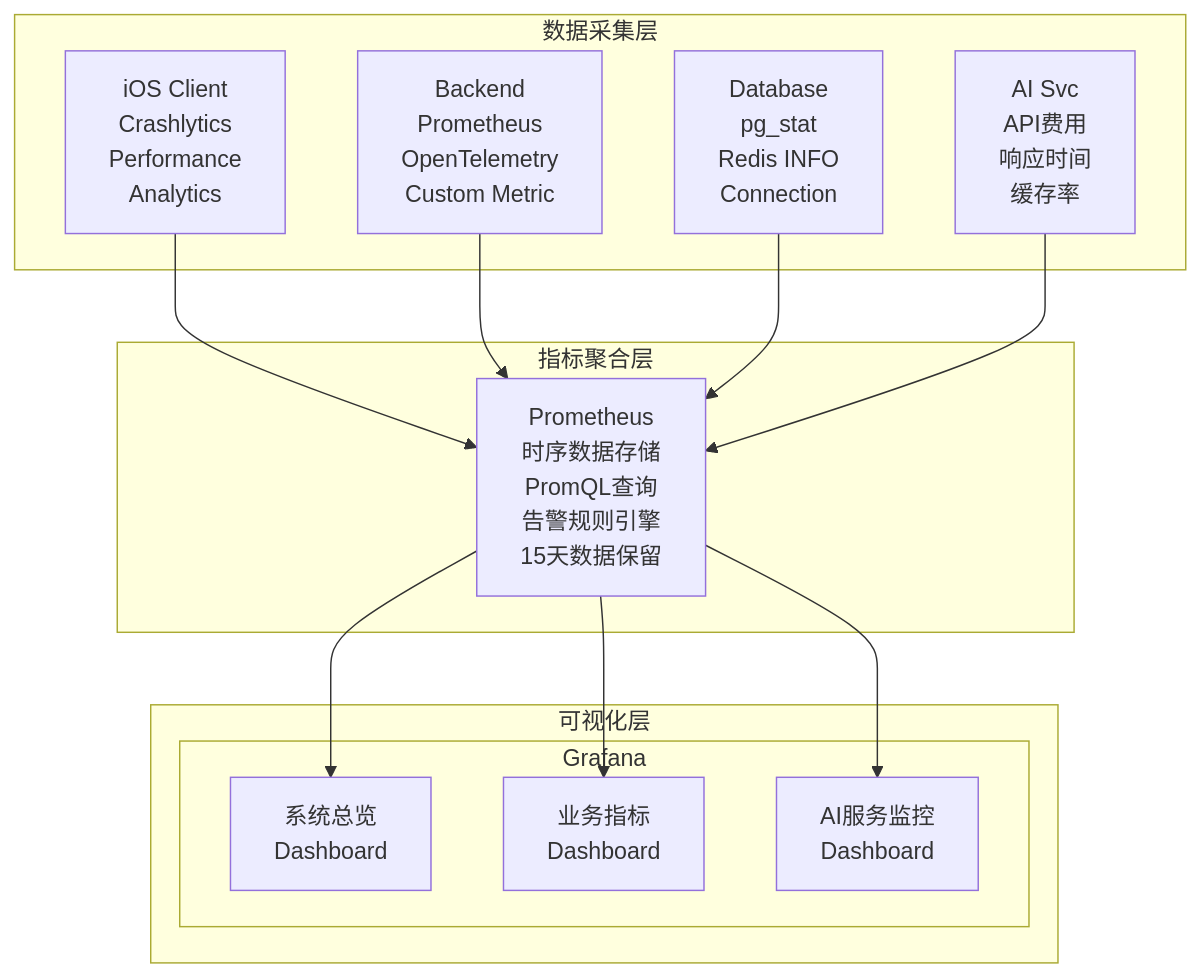
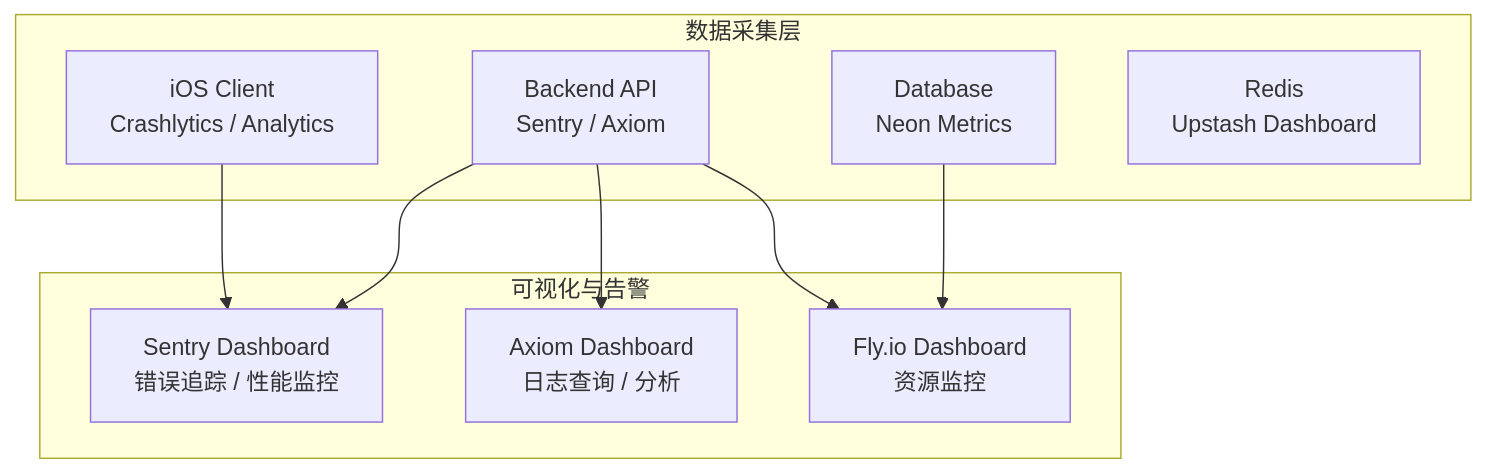
The diagram in 05-operations/monitoring/monitoring.md (readmigo/docs), drawn with Mermaid before and after one commit. The commit also changed other lines of this file and 1 other file, not shown here.

````diff
--- a/05-operations/monitoring/monitoring.md
+++ b/05-operations/monitoring/monitoring.md
@@ -5,29 +9,21 @@
 ```mermaid
 graph TD
-    subgraph 数据采集层
-        A["iOS Client<br>Crashlytics<br>Performance<br>Analytics"]
-        B["Backend<br>Prometheus<br>OpenTelemetry<br>Custom Metric"]
-        C["Database<br>pg_stat<br>Redis INFO<br>Connection"]
-        D["AI Svc<br>API费用<br>响应时间<br>缓存率"]
+    subgraph "数据采集层"
+        A["iOS Client<br>Crashlytics / Analytics"]
+        B["Backend API<br>Sentry / Axiom"]
+        C["Database<br>Neon Metrics"]
+        D["Redis<br>Upstash Dashboard"]
     end
 
-    subgraph 指标聚合层
-        E["Prometheus<br>时序数据存储<br>PromQL查询<br>告警规则引擎<br>15天数据保留"]
-    end
-
-    subgraph 可视化层
-        subgraph Grafana
-            F["系统总览<br>Dashboard"]
-            G["业务指标<br>Dashboard"]
-            H["AI服务监控<br>Dashboard"]
-        end
+    subgraph "可视化与告警"
+        E["Sentry Dashboard<br>错误追踪 / 性能监控"]
+        F["Axiom Dashboard<br>日志查询 / 分析"]
+        G["Fly.io Dashboard<br>资源监控"]
     end
 
     A --> E
     B --> E
-    C --> E
-    D --> E
-    E --> F
-    E --> G
-    E --> H
+    B --> F
+    B --> G
+    C --> G
 ```
````
